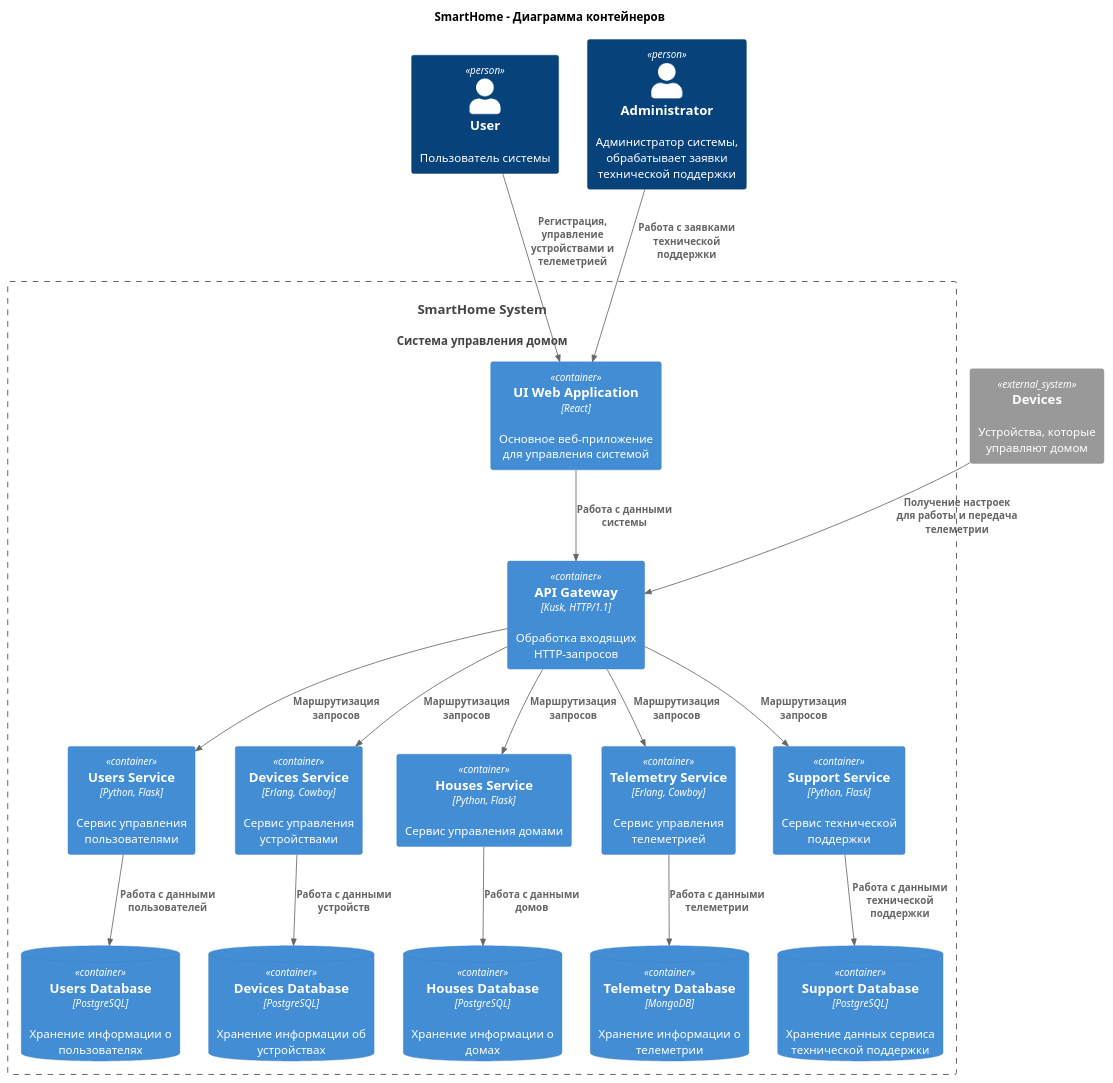
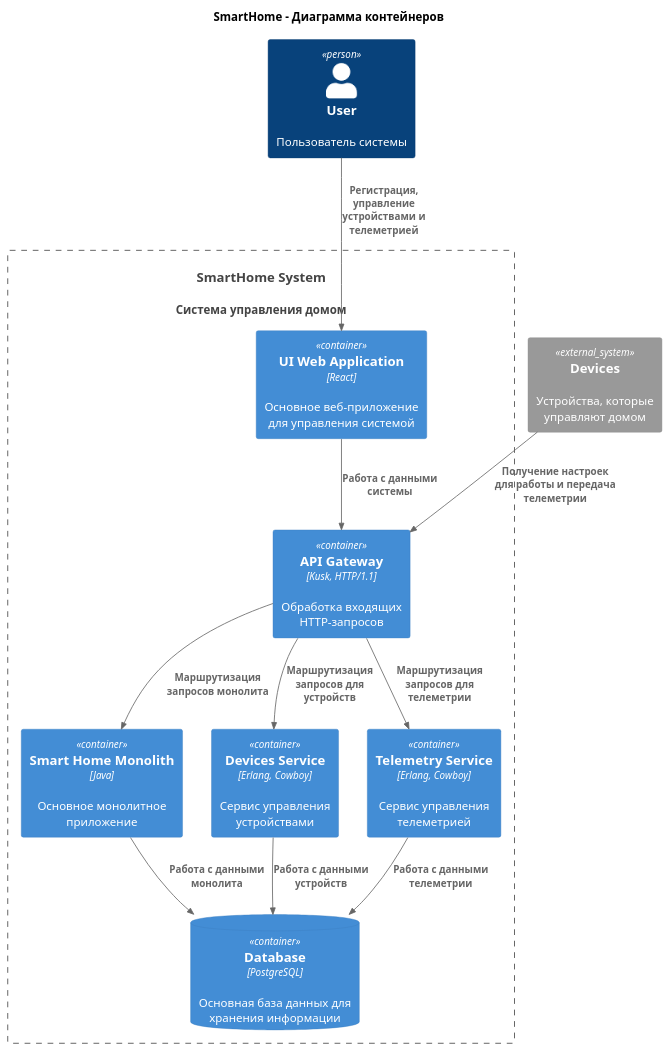
The diagram in diagrams/Container.puml (snakeduse/architecture-sprint-3), drawn with PlantUML before and after one commit. The commit also changed 4 other files, not shown here.

Commit message:
docs: У сервисов должна быть одна общая БД и нужно сделать плавный переход от монолита к микросервисам, так же добавил ER-диаграмму данных

```diff
--- a/diagrams/Container.puml
+++ b/diagrams/Container.puml
@@ -1,54 +1,35 @@
 @startuml
 title SmartHome - Диаграмма контейнеров
 
 top to bottom direction
 
 !include ./c4_source/C4_Container.puml
 
 Person(user, "User", "Пользователь системы")
-Person(admin, "Administrator", "Администратор системы, обрабатывает заявки технической поддержки")
 System_Ext(devices_ext, "Devices", "Устройства, которые управляют домом")
 System(SmartHomeSystem, "SmartHome System", "Система управления домом")
 
 Container_Boundary(SmartHomeSystem, "SmartHome System") {
   Container(web_app, "UI Web Application", "React", "Основное веб-приложение для управления системой")
   Container(api_gateway, "API Gateway", "Kusk, HTTP/1.1", "Обработка входящих HTTP-запросов")
+  Container(monolith, "Smart Home Monolith", "Java", "Основное монолитное приложение")
+  Container(devices_service, "Devices Service", "Erlang, Cowboy", "Сервис управления устройствами")
+  Container(telemetry_service, "Telemetry Service", "Erlang, Cowboy", "Сервис управления телеметрией")
 
-  Container(users_service, "Users Service", "Python, Flask", "Сервис управления пользователями")
-  ContainerDb(users_database, "Users Database", "PostgreSQL", "Хранение информации о пользователях")
-
-  Container(devices_service, "Devices Service", "Erlang, Cowboy", "Сервис управления устройствами")
-  ContainerDb(devices_database, "Devices Database", "PostgreSQL", "Хранение информации об устройствах")
-
-  Container(houses_service, "Houses Service", "Python, Flask", "Сервис управления домами")
-  ContainerDb(houses_database, "Houses Database", "PostgreSQL", "Хранение информации о домах")
-
-  Container(telemetry_service, "Telemetry Service", "Erlang, Cowboy", "Сервис управления телеметрией")
-  ContainerDb(telemetry_database, "Telemetry Database", "MongoDB", "Хранение информации о телеметрии")
-
-  Container(support_service, "Support Service", "Python, Flask", "Сервис технической поддержки")
-  ContainerDb(support_database, "Support Database", "PostgreSQL", "Хранение данных сервиса технической поддержки")
+  ContainerDb(database, "Database", "PostgreSQL", "Основная база данных для хранения информации")
 }
 
 Rel(web_app, api_gateway, "Работа с данными системы")
 
 Rel(user, web_app, "Регистрация, управление устройствами и телеметрией")
-Rel(admin, web_app, "Работа с заявками технической поддержки")
 Rel(devices_ext, api_gateway, "Получение настроек для работы и передача телеметрии")
 
-Rel(api_gateway, users_service, "Маршрутизация запросов")
-Rel(users_service, users_database, "Работа с данными пользователей")
+Rel(api_gateway, monolith, "Маршрутизация запросов монолита")
+Rel(api_gateway, devices_service, "Маршрутизация запросов для устройств")
+Rel(api_gateway, telemetry_service, "Маршрутизация запросов для телеметрии")
 
-Rel(api_gateway, devices_service, "Маршрутизация запросов")
-Rel(devices_service, devices_database, "Работа с данными устройств")
-
-Rel(api_gateway, houses_service, "Маршрутизация запросов")
-Rel(houses_service, houses_database, "Работа с данными домов")
-
-Rel(api_gateway, telemetry_service, "Маршрутизация запросов")
-Rel(telemetry_service, telemetry_database, "Работа с данными телеметрии")
-
-Rel(api_gateway, support_service, "Маршрутизация запросов")
-Rel(support_service, support_database, "Работа с данными технической поддержки")
+Rel(monolith, database, "Работа с данными монолита")
+Rel(devices_service, database, "Работа с данными устройств")
+Rel(telemetry_service, database, "Работа с данными телеметрии")
 
 @enduml
```
